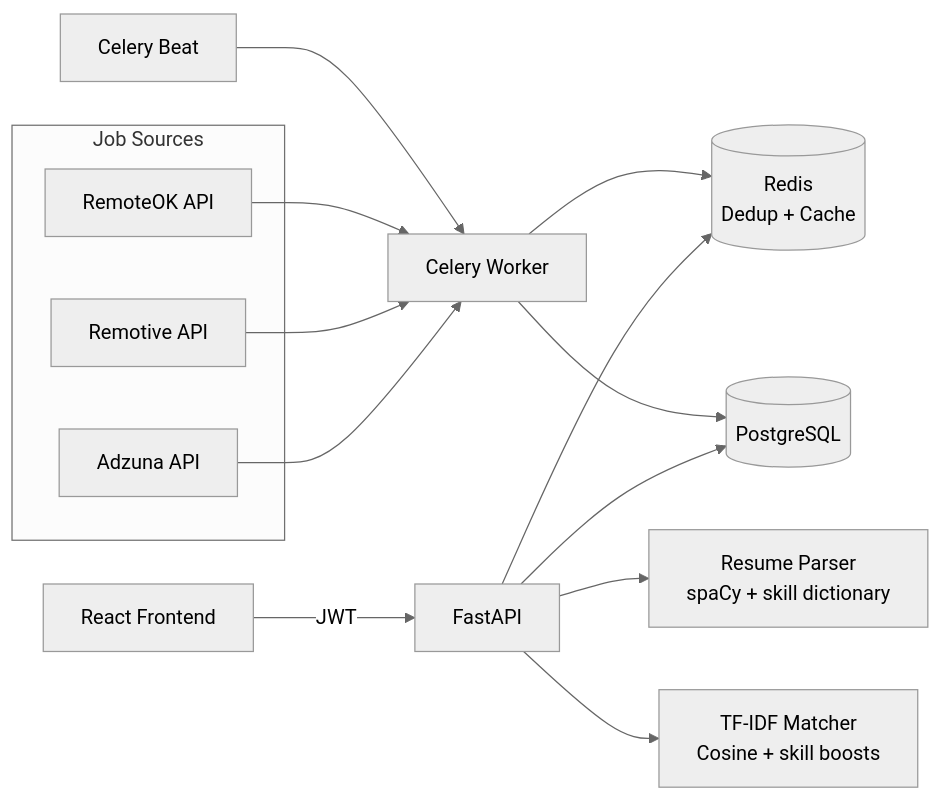
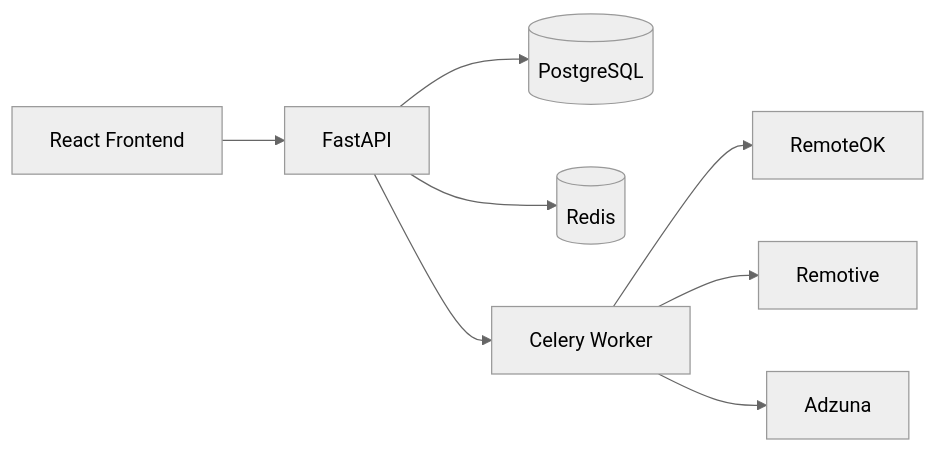
Before and after one commit to nishant2-1/Real-Time-Job-Board-Aggregator-with-Skill-Match-Engine: the diagram in README.md, drawn with Mermaid (neutral theme). The commit also changed other lines of this file and 4 other files, not shown here.

````diff
--- a/README.md
+++ b/README.md
@@ -25,22 +19,10 @@
 ```mermaid
 flowchart LR
-	subgraph Sources[Job Sources]
-		A[RemoteOK API]
-		B[Remotive API]
-		C[Adzuna API]
-	end
-
-	CB[Celery Beat] --> CW[Celery Worker]
-	A --> CW
-	B --> CW
-	C --> CW
-
-	CW --> R[(Redis\nDedup + Cache)]
-	CW --> P[(PostgreSQL)]
-
-	U[React Frontend] -->|JWT| API[FastAPI]
-	API --> P
-	API --> R
-	API --> NLP[Resume Parser\nspaCy + skill dictionary]
-	API --> M[TF-IDF Matcher\nCosine + skill boosts]
+  FE[React Frontend] --> API[FastAPI]
+  API --> PG[(PostgreSQL)]
+  API --> RD[(Redis)]
+  API --> CW[Celery Worker]
+  CW --> ROK[RemoteOK]
+  CW --> REM[Remotive]
+  CW --> ADZ[Adzuna]
 ```
````
